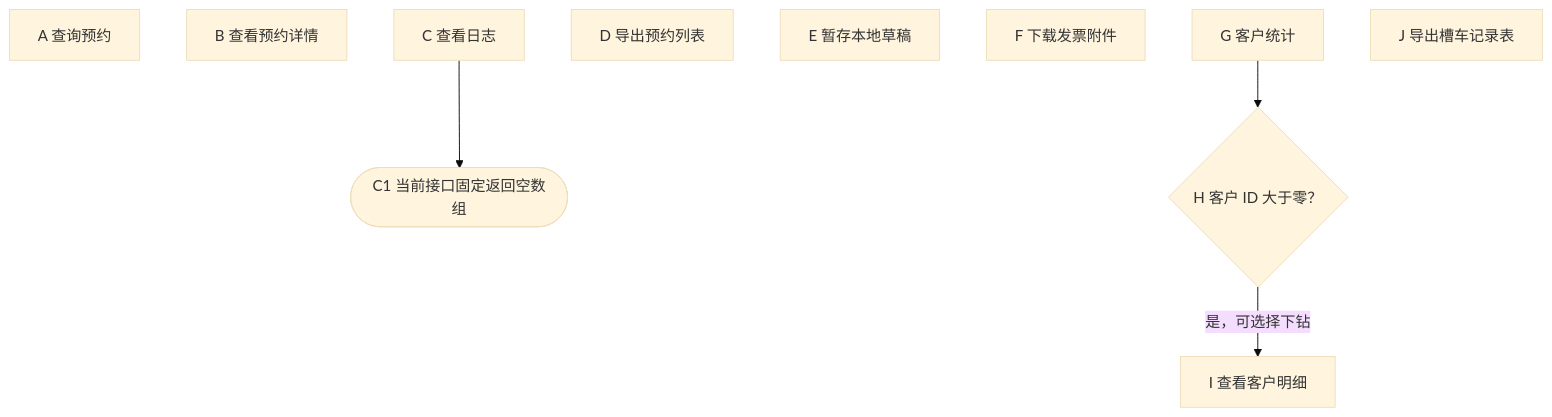
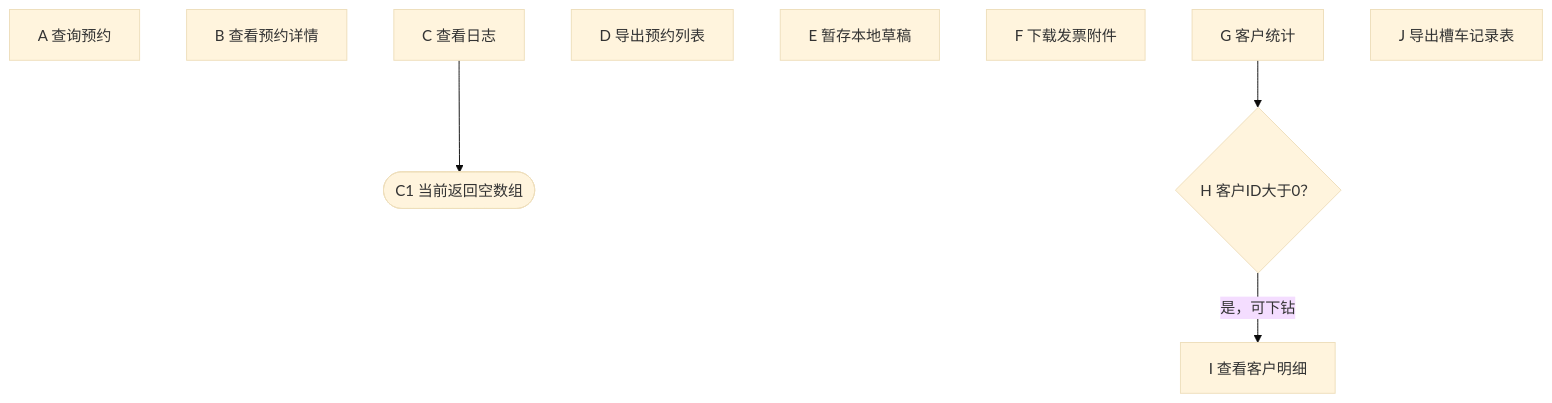
The fifth of 6 diagrams in skill-previews/code-module-feature-map/yard-tank-clean/developer-guide.md (mapanpan0802-ui/codexAi), drawn with Mermaid (base theme) before and after one commit. The commit also changed other lines of this file and 5 other files, not shown here.

````diff
--- a/skill-previews/code-module-feature-map/yard-tank-clean/developer-guide.md
+++ b/skill-previews/code-module-feature-map/yard-tank-clean/developer-guide.md
@@ -130,12 +129,12 @@
 ```mermaid
 flowchart TD
     A["A 查询预约"]
     B["B 查看预约详情"]
-    C["C 查看日志"] --> C1(["C1 当前接口固定返回空数组"])
+    C["C 查看日志"] --> C1(["C1 当前返回空数组"])
     D["D 导出预约列表"]
     E["E 暂存本地草稿"]
     F["F 下载发票附件"]
-    G["G 客户统计"] --> H{"H 客户 ID 大于零？"}
-    H -->|是，可选择下钻| I["I 查看客户明细"]
+    G["G 客户统计"] --> H{"H 客户ID大于0？"}
+    H -->|是，可下钻| I["I 查看客户明细"]
     J["J 导出槽车记录表"]
 ```
````
